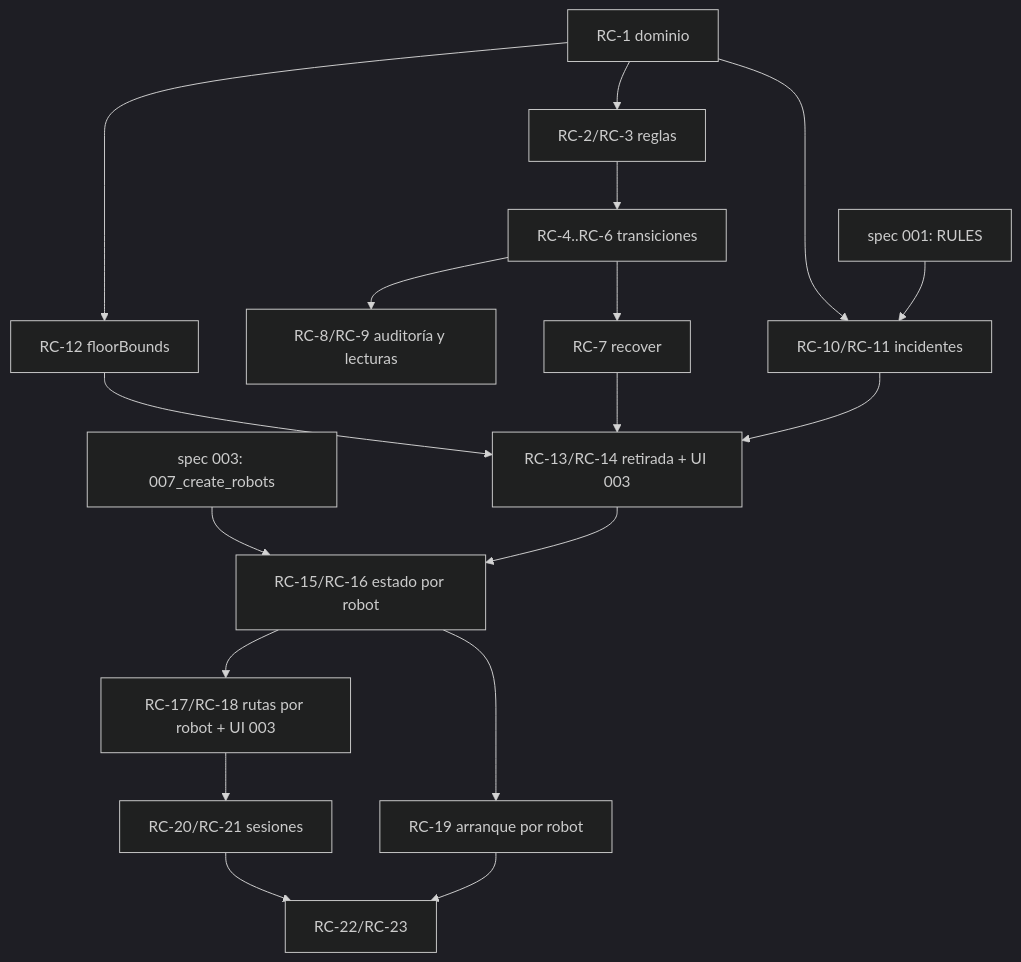
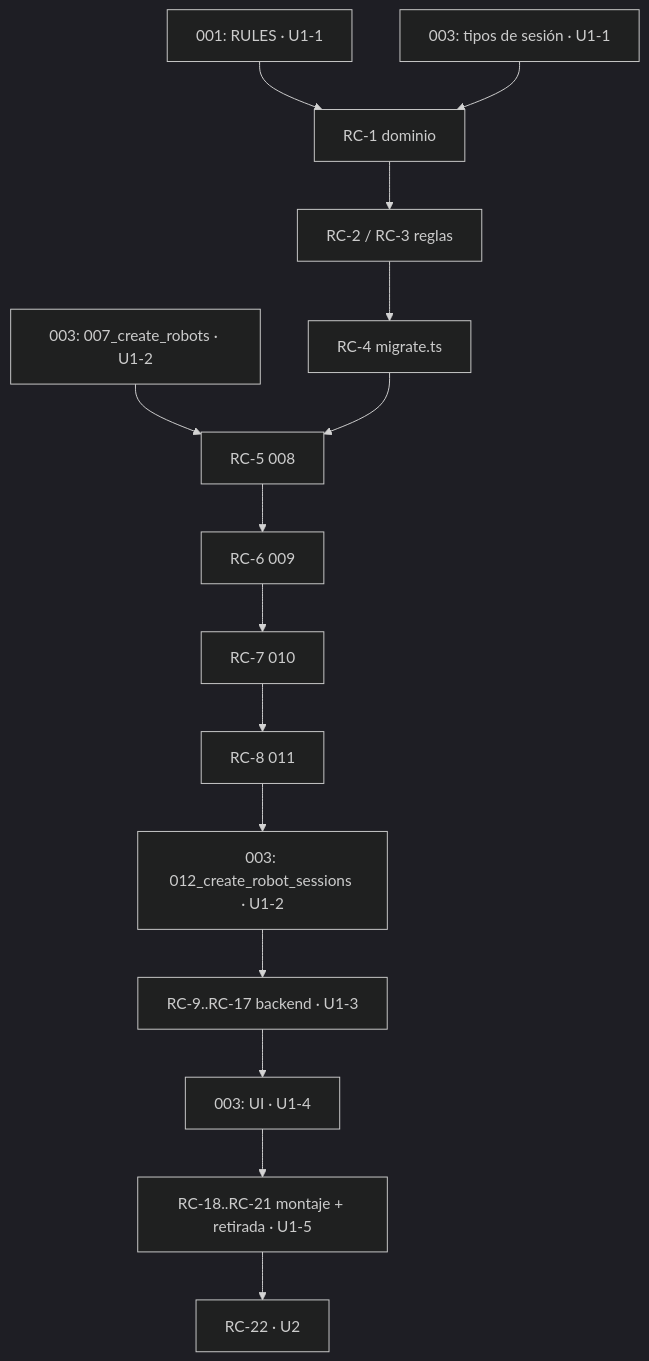
One commit to melyssaS/guardian-hogar-v2 changed the second of 2 diagrams in .kiro/specs/002-safety-guardian/tasks.md. Above: the diagram before and after it, drawn with Mermaid (dark theme). The commit also changed other lines of this file and 8 other files, not shown here.

````diff
--- a/.kiro/specs/002-safety-guardian/tasks.md
+++ b/.kiro/specs/002-safety-guardian/tasks.md
@@ -190,20 +236,15 @@
 ```mermaid
 graph TD
-  A1[RC-1 dominio] --> A2[RC-2/RC-3 reglas]
-  A2 --> A4[RC-4..RC-6 transiciones]
-  A4 --> A7[RC-7 recover]
-  A4 --> A8[RC-8/RC-9 auditoría y lecturas]
-  A1 --> A10[RC-10/RC-11 incidentes]
-  R001[spec 001: RULES] --> A10
-  A1 --> A12[RC-12 floorBounds]
-  A12 --> B[RC-13/RC-14 retirada + UI 003]
-  A7 --> B
-  A10 --> B
-  S003[spec 003: 007_create_robots] --> C15[RC-15/RC-16 estado por robot]
-  B --> C15
-  C15 --> C17[RC-17/RC-18 rutas por robot + UI 003]
-  C15 --> C19[RC-19 arranque por robot]
-  C17 --> C20[RC-20/RC-21 sesiones]
-  C20 --> D[RC-22/RC-23]
-  C19 --> D
+  R001[001: RULES · U1-1] --> RC1[RC-1 dominio]
+  S003a[003: tipos de sesión · U1-1] --> RC1
+  RC1 --> RC2[RC-2 / RC-3 reglas]
+  RC2 --> RC4[RC-4 migrate.ts]
+  S003b[003: 007_create_robots · U1-2] --> RC5[RC-5 008]
+  RC4 --> RC5
+  RC5 --> RC6[RC-6 009] --> RC7[RC-7 010] --> RC8[RC-8 011]
+  RC8 --> S003c[003: 012_create_robot_sessions · U1-2]
+  S003c --> RC9[RC-9..RC-17 backend · U1-3]
+  RC9 --> S003d[003: UI · U1-4]
+  S003d --> RC18[RC-18..RC-21 montaje + retirada · U1-5]
+  RC18 --> RC22[RC-22 · U2]
 ```
````
